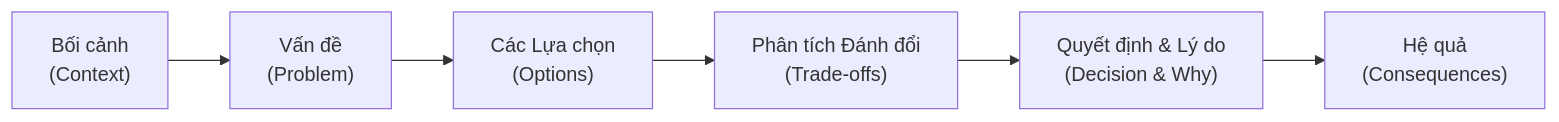
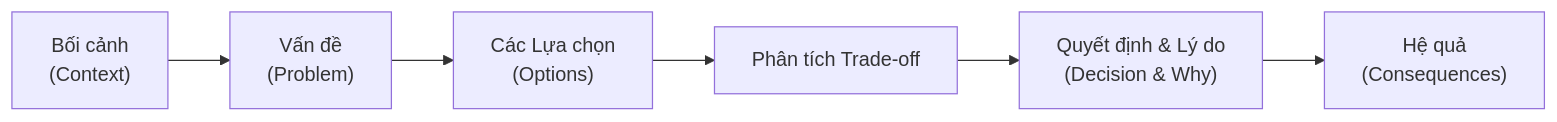
One commit to MaiTheHao/docs changed the seventh of 7 diagrams in release/software_architecture/00_fundamental/03_laws_of_architecture.md. Above: the diagram before and after it, drawn with Mermaid. The commit also changed other lines of this file and 4 other files, not shown here.

````diff
--- a/release/software_architecture/00_fundamental/03_laws_of_architecture.md
+++ b/release/software_architecture/00_fundamental/03_laws_of_architecture.md
@@ -171,11 +170,11 @@
 ```mermaid
 graph LR
     accTitle: Mẫu Quy trình Phân tích Quyết định Kiến trúc
-    accDescr: Sơ đồ các bước từ Bối cảnh, Ràng buộc, Phương án đến Đánh đổi và Lý do chọn lựa
+    accDescr: Sơ đồ các bước từ Bối cảnh, Ràng buộc, Phương án đến Trade-off và Lý do chọn lựa
 
     ctxStep["Bối cảnh<br/>(Context)"] --> pbStep["Vấn đề<br/>(Problem)"]
     pbStep --> optStep["Các Lựa chọn<br/>(Options)"]
-    optStep --> tradeStep["Phân tích Đánh đổi<br/>(Trade-offs)"]
+    optStep --> tradeStep["Phân tích Trade-off"]
     tradeStep --> decStep["Quyết định & Lý do<br/>(Decision & Why)"]
     decStep --> consStep["Hệ quả<br/>(Consequences)"]
 ```
````
